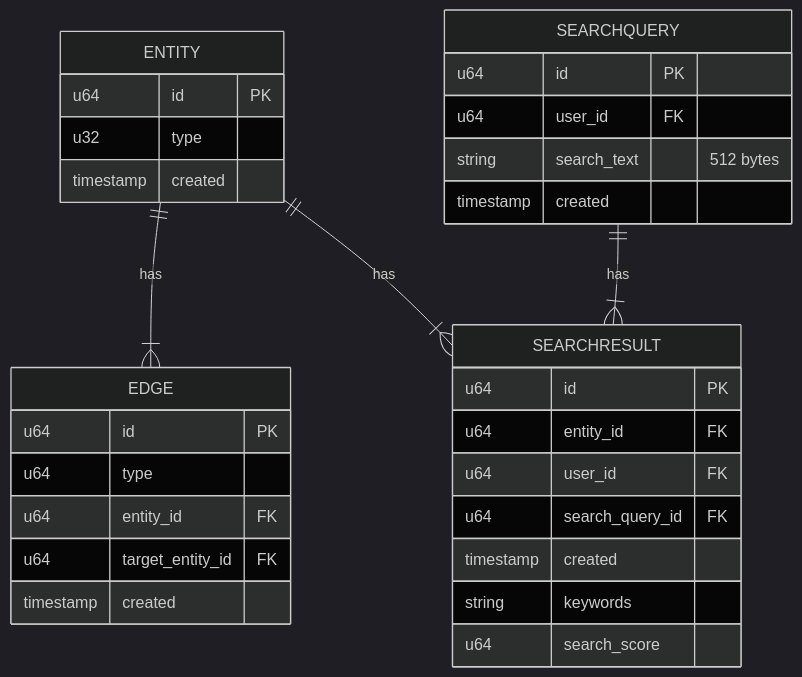
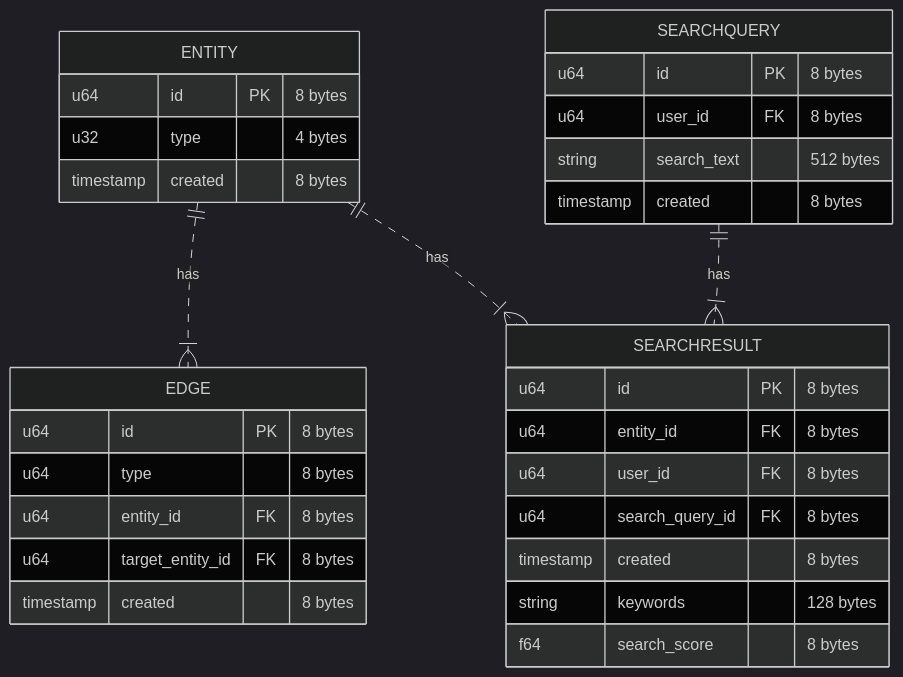
The diagram in sys-design/hacking/27_social_search.md (brpandey/leetcode-notes), drawn with Mermaid (dark theme) before and after one commit. The commit also changed other lines of this file and 16 other files, not shown here.

Commit message:
Added schema data type sizes

````diff
--- a/sys-design/hacking/27_social_search.md
+++ b/sys-design/hacking/27_social_search.md
@@ -56,34 +56,34 @@
 ```mermaid
 erDiagram
-    ENTITY ||--}| EDGE : has
-    ENTITY ||--}| SEARCHRESULT: has
-    SEARCHQUERY ||--}| SEARCHRESULT : has
+    ENTITY ||..}| EDGE : has
+    ENTITY ||..}| SEARCHRESULT: has
+    SEARCHQUERY ||..}| SEARCHRESULT : has
 
     EDGE {
-        u64 id PK
-        u64 type
-        u64 entity_id FK
-        u64 target_entity_id FK
-        timestamp created
+        u64 id PK "8 bytes"
+        u64 type "8 bytes"
+        u64 entity_id FK "8 bytes"
+        u64 target_entity_id FK "8 bytes"
+        timestamp created "8 bytes"
     }
     ENTITY {
-        u64 id PK
-        u32 type
-        timestamp created
+        u64 id PK "8 bytes"
+        u32 type "4 bytes"
+        timestamp created "8 bytes"
     }
     SEARCHRESULT {
-        u64 id PK
-        u64 entity_id FK
-        u64 user_id FK
-        u64 search_query_id FK
-        timestamp created 
-        string keywords
-        u64 search_score
+        u64 id PK "8 bytes"
+        u64 entity_id FK "8 bytes"
+        u64 user_id FK "8 bytes"
+        u64 search_query_id FK "8 bytes"
+        timestamp created "8 bytes"
+        string keywords "128 bytes"
+        f64 search_score "8 bytes"
     }
     SEARCHQUERY {
-        u64 id PK
-        u64 user_id FK
+        u64 id PK "8 bytes"
+        u64 user_id FK "8 bytes"
         string search_text "512 bytes"
-        timestamp created
+        timestamp created "8 bytes"
     }
 ```
````
